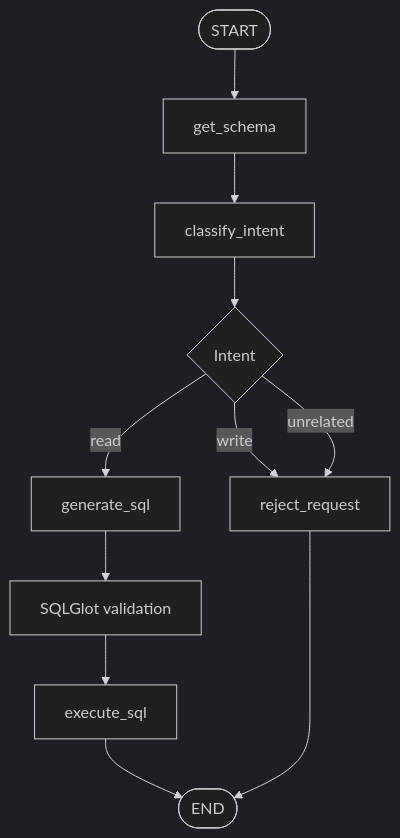
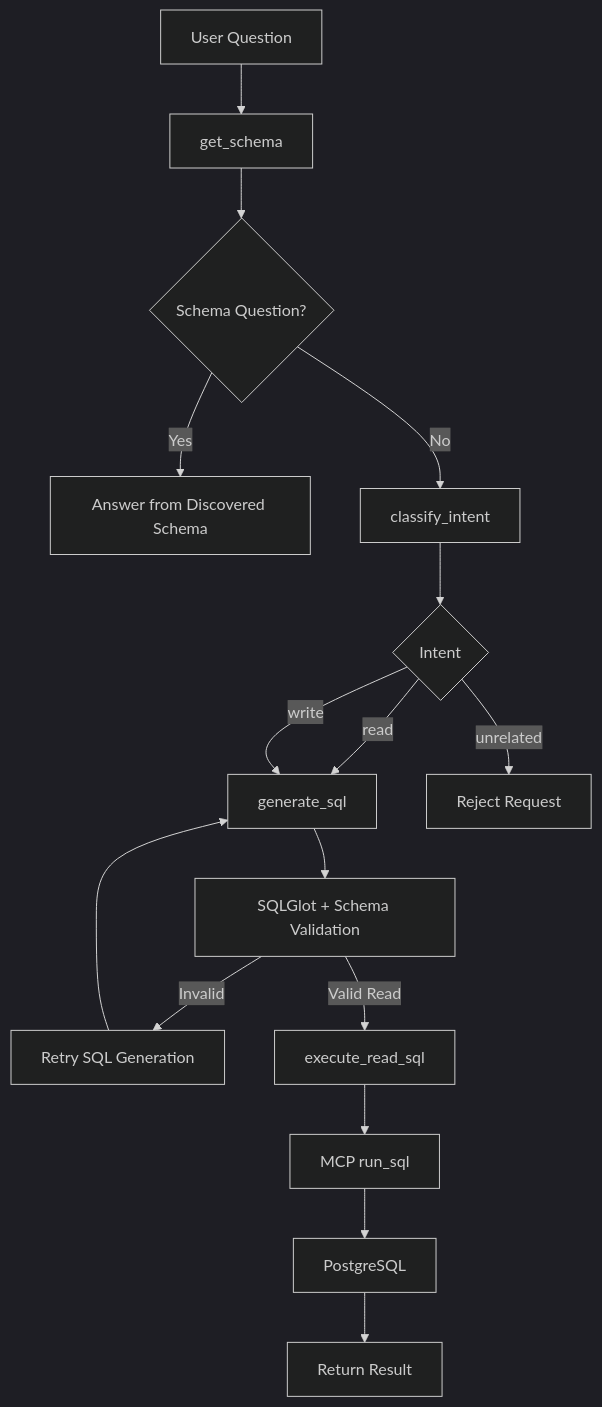
One commit to radhey004/database--agent changed the second of 7 diagrams in README.md. Above: the diagram before and after it, drawn with Mermaid (dark theme). The commit also changed other lines of this file, not shown here.

````diff
--- a/README.md
+++ b/README.md
@@ -69,29 +69,31 @@
 ```mermaid
 flowchart TD
-    START([START])
-    SCHEMA[get_schema]
-    INTENT[classify_intent]
 
-    READ{Intent}
+    Q[User Question]
 
-    SQL[generate_sql]
-    VALIDATE[SQLGlot validation]
-    EXEC[execute_sql]
-    END([END])
+    Q --> S[get_schema]
 
-    REJECT[reject_request]
+    S --> SQ{Schema Question?}
 
-    START --> SCHEMA
-    SCHEMA --> INTENT
-    INTENT --> READ
+    SQ -->|Yes| SA[Answer from Discovered Schema]
+    SQ -->|No| I[classify_intent]
 
-    READ -->|read| SQL
-    READ -->|write| REJECT
-    READ -->|unrelated| REJECT
+    I --> R{Intent}
 
-    SQL --> VALIDATE
-    VALIDATE --> EXEC
-    EXEC --> END
+    R -->|read| G[generate_sql]
+    R -->|write| G
+    R -->|unrelated| X[Reject Request]
 
-    REJECT --> END
+    G --> V[SQLGlot + Schema Validation]
+
+    V -->|Invalid| RETRY[Retry SQL Generation]
+    RETRY --> G
+
+    V -->|Valid Read| E[execute_read_sql]
+
+    E --> M[MCP run_sql]
+
+    M --> DB[PostgreSQL]
+
+    DB --> RESULT[Return Result]
 ```
````
